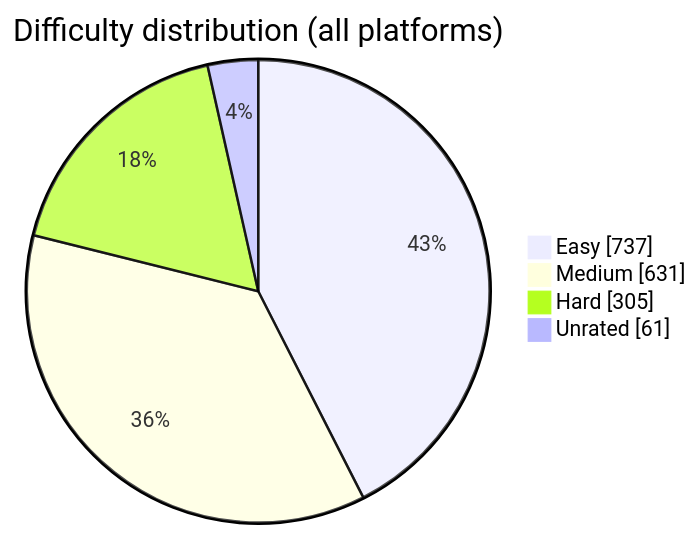
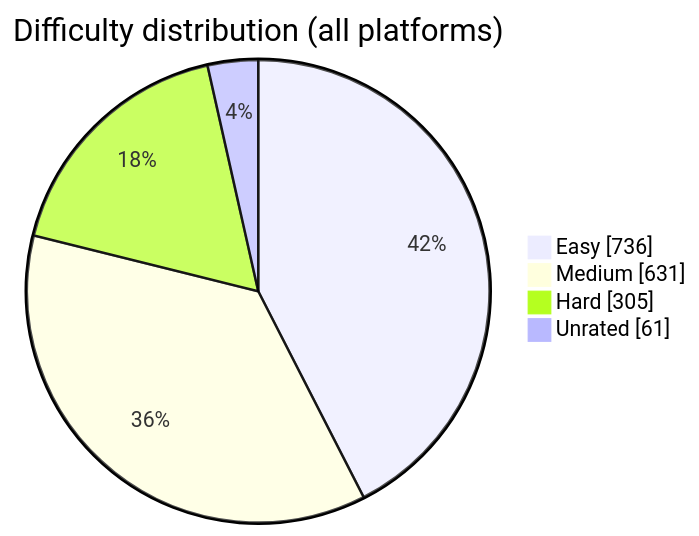
The diagram in README.md (BuildbyArindam/Daily-Coding-Log), drawn with Mermaid before and after one commit. The commit also changed other lines of this file, not shown here.

````diff
--- a/README.md
+++ b/README.md
@@ -93,7 +93,7 @@
 ```mermaid
 pie showData title Difficulty distribution (all platforms)
-    "Easy" : 737
+    "Easy" : 736
     "Medium" : 631
     "Hard" : 305
     "Unrated" : 61
 ```
````
